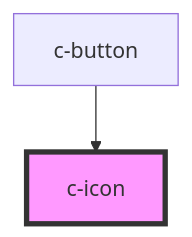
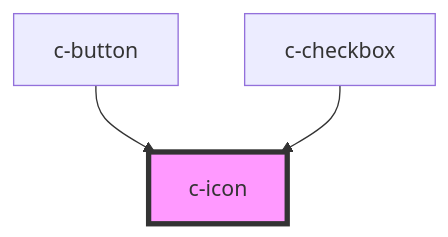
Before and after one commit to Mackgame4/cosmos-ui: the diagram in src/components/c-icon/readme.md, drawn with Mermaid. The commit also changed other lines of this file and 20 other files, not shown here.

````diff
--- a/src/components/c-icon/readme.md
+++ b/src/components/c-icon/readme.md
@@ -26,5 +27,6 @@
 ```mermaid
 graph TD;
   c-button --> c-icon
+  c-checkbox --> c-icon
   style c-icon fill:#f9f,stroke:#333,stroke-width:4px
 ```
````
